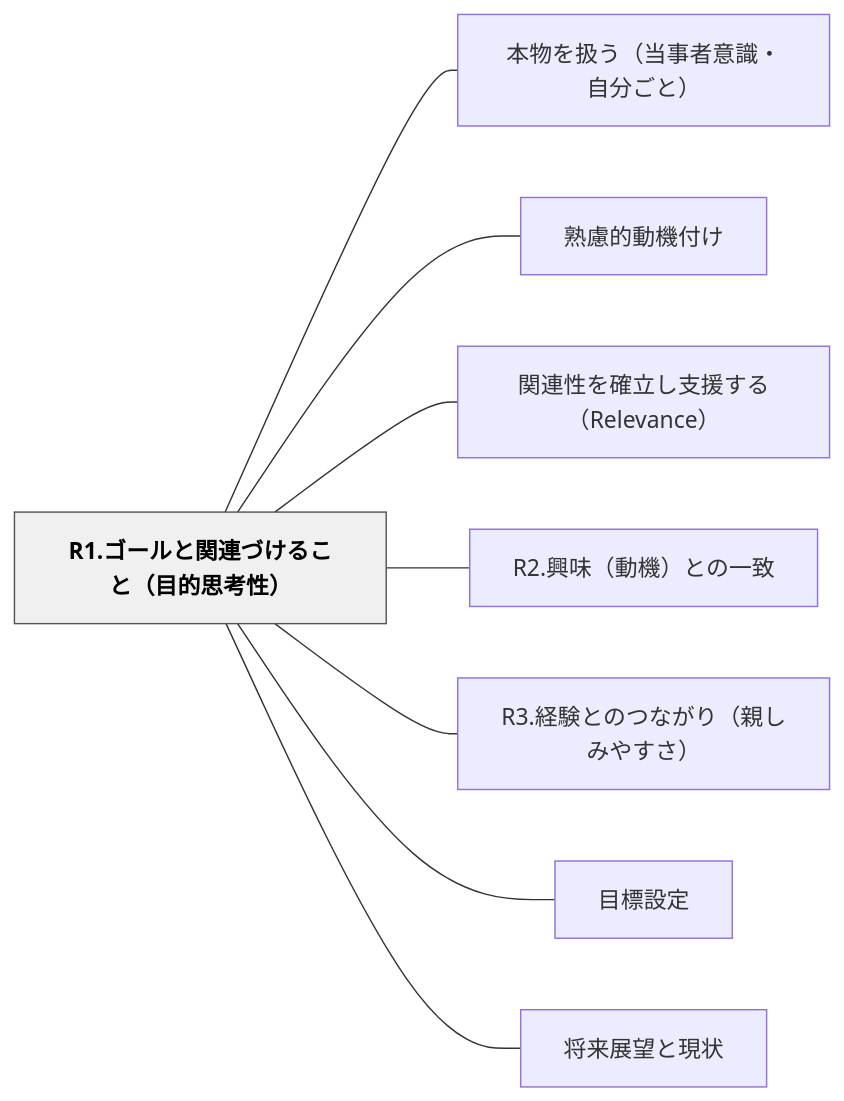
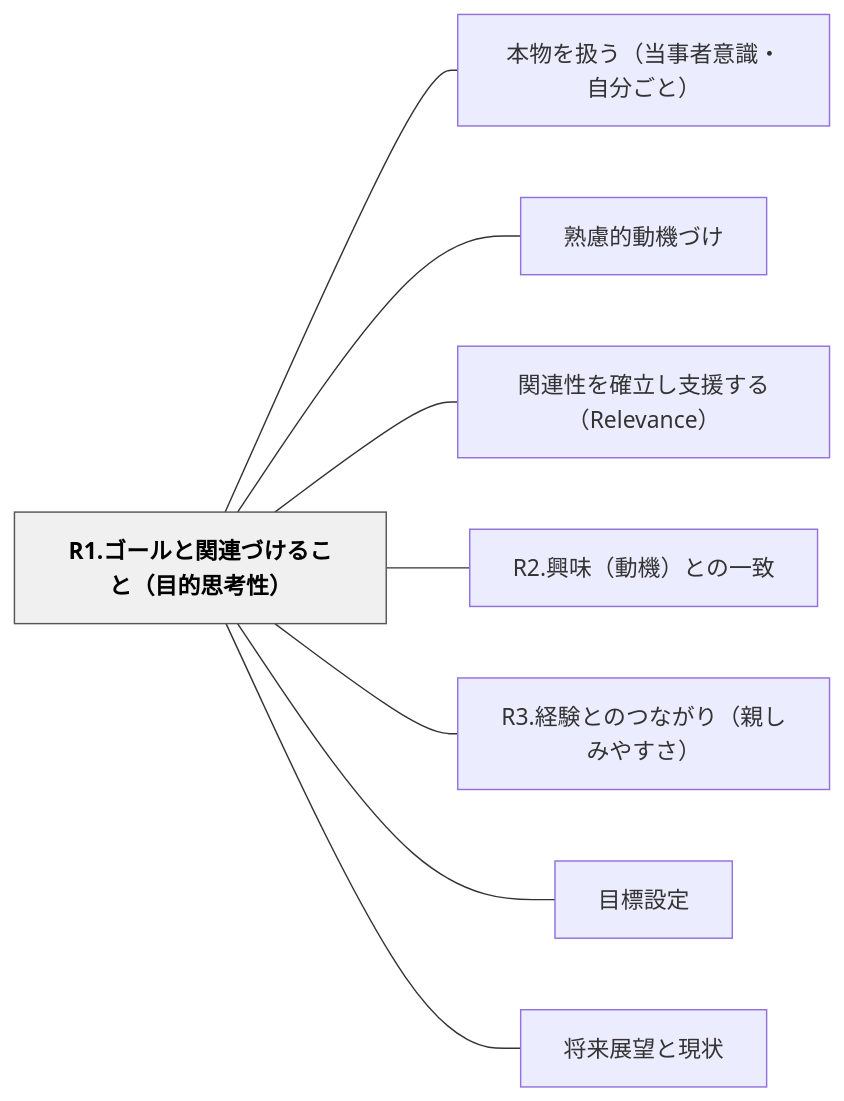
The diagram in content/パタン/R1.ゴールと関連づけること（目的思考性）.md (unknownthings-ed-patterns/unknownthings-ed-patterns), drawn with Mermaid before and after one commit. The commit also changed other lines of this file and 234 other files, not shown here.

````diff
--- a/content/パタン/R1.ゴールと関連づけること（目的思考性）.md
+++ b/content/パタン/R1.ゴールと関連づけること（目的思考性）.md
@@ -37,22 +37,22 @@
 ```mermaid
 flowchart LR
     n52312ee382b4e383bce383abe381a8e996a2e980a3e381a5e38191e3828be38193e381a8efbc88e79baee79a84e6809de88083e680a7efbc89["R1.ゴールと関連づけること（目的思考性）"]
     ne69cace789a9e38292e689b1e38186efbc88e5bd93e4ba8be88085e6848fe8ad98e383bbe887aae58886e38194e381a8efbc89["本物を扱う（当事者意識・自分ごと）"]
-    ne7869fe685aee79a84e58b95e6a99fe4bb98e38191["熟慮的動機付け"]
+    ne7869fe685aee79a84e58b95e6a99fe381a5e38191["熟慮的動機づけ"]
     ne996a2e980a3e680a7e38292e7a2bae7ab8be38197e694afe68fb4e38199e3828befbc8852656c6576616e6365efbc89["関連性を確立し支援する（Relevance）"]
     n52322ee88888e591b3efbc88e58b95e6a99fefbc89e381a8e381aee4b880e887b4["R2.興味（動機）との一致"]
     n52332ee7b58ce9a893e381a8e381aee381a4e381aae3818ce3828aefbc88e8a6aae38197e381bfe38284e38199e38195efbc89["R3.経験とのつながり（親しみやすさ）"]
     ne79baee6a899e8a8ade5ae9a["目標設定"]
     ne5b086e69da5e5b195e69c9be381a8e78fbee78ab6["将来展望と現状"]
 
     n52312ee382b4e383bce383abe381a8e996a2e980a3e381a5e38191e3828be38193e381a8efbc88e79baee79a84e6809de88083e680a7efbc89 --- ne69cace789a9e38292e689b1e38186efbc88e5bd93e4ba8be88085e6848fe8ad98e383bbe887aae58886e38194e381a8efbc89
-    n52312ee382b4e383bce383abe381a8e996a2e980a3e381a5e38191e3828be38193e381a8efbc88e79baee79a84e6809de88083e680a7efbc89 --- ne7869fe685aee79a84e58b95e6a99fe4bb98e38191
+    n52312ee382b4e383bce383abe381a8e996a2e980a3e381a5e38191e3828be38193e381a8efbc88e79baee79a84e6809de88083e680a7efbc89 --- ne7869fe685aee79a84e58b95e6a99fe381a5e38191
     n52312ee382b4e383bce383abe381a8e996a2e980a3e381a5e38191e3828be38193e381a8efbc88e79baee79a84e6809de88083e680a7efbc89 --- ne996a2e980a3e680a7e38292e7a2bae7ab8be38197e694afe68fb4e38199e3828befbc8852656c6576616e6365efbc89
     n52312ee382b4e383bce383abe381a8e996a2e980a3e381a5e38191e3828be38193e381a8efbc88e79baee79a84e6809de88083e680a7efbc89 --- n52322ee88888e591b3efbc88e58b95e6a99fefbc89e381a8e381aee4b880e887b4
     n52312ee382b4e383bce383abe381a8e996a2e980a3e381a5e38191e3828be38193e381a8efbc88e79baee79a84e6809de88083e680a7efbc89 --- n52332ee7b58ce9a893e381a8e381aee381a4e381aae3818ce3828aefbc88e8a6aae38197e381bfe38284e38199e38195efbc89
     n52312ee382b4e383bce383abe381a8e996a2e980a3e381a5e38191e3828be38193e381a8efbc88e79baee79a84e6809de88083e680a7efbc89 --- ne79baee6a899e8a8ade5ae9a
     n52312ee382b4e383bce383abe381a8e996a2e980a3e381a5e38191e3828be38193e381a8efbc88e79baee79a84e6809de88083e680a7efbc89 --- ne5b086e69da5e5b195e69c9be381a8e78fbee78ab6
 
     classDef hub fill:#f0f0f0,stroke:#555,color:#000,font-weight:bold
     class n52312ee382b4e383bce383abe381a8e996a2e980a3e381a5e38191e3828be38193e381a8efbc88e79baee79a84e6809de88083e680a7efbc89 hub
 ```
````
